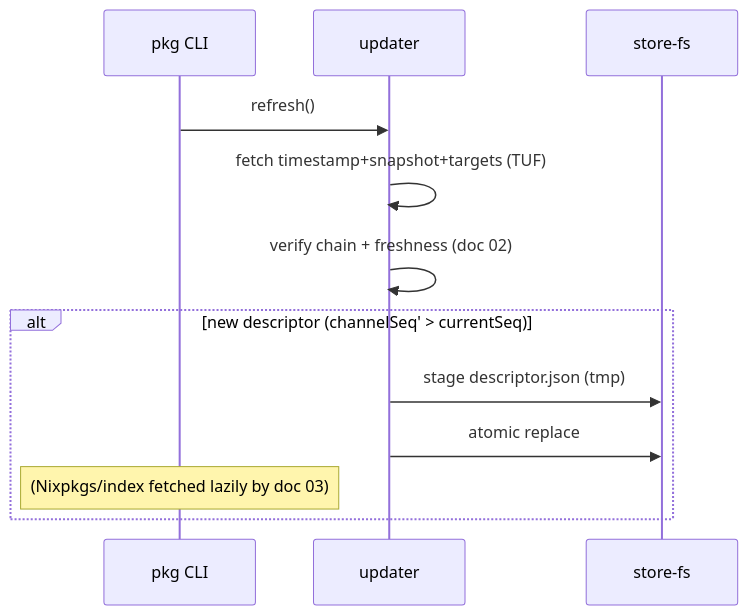
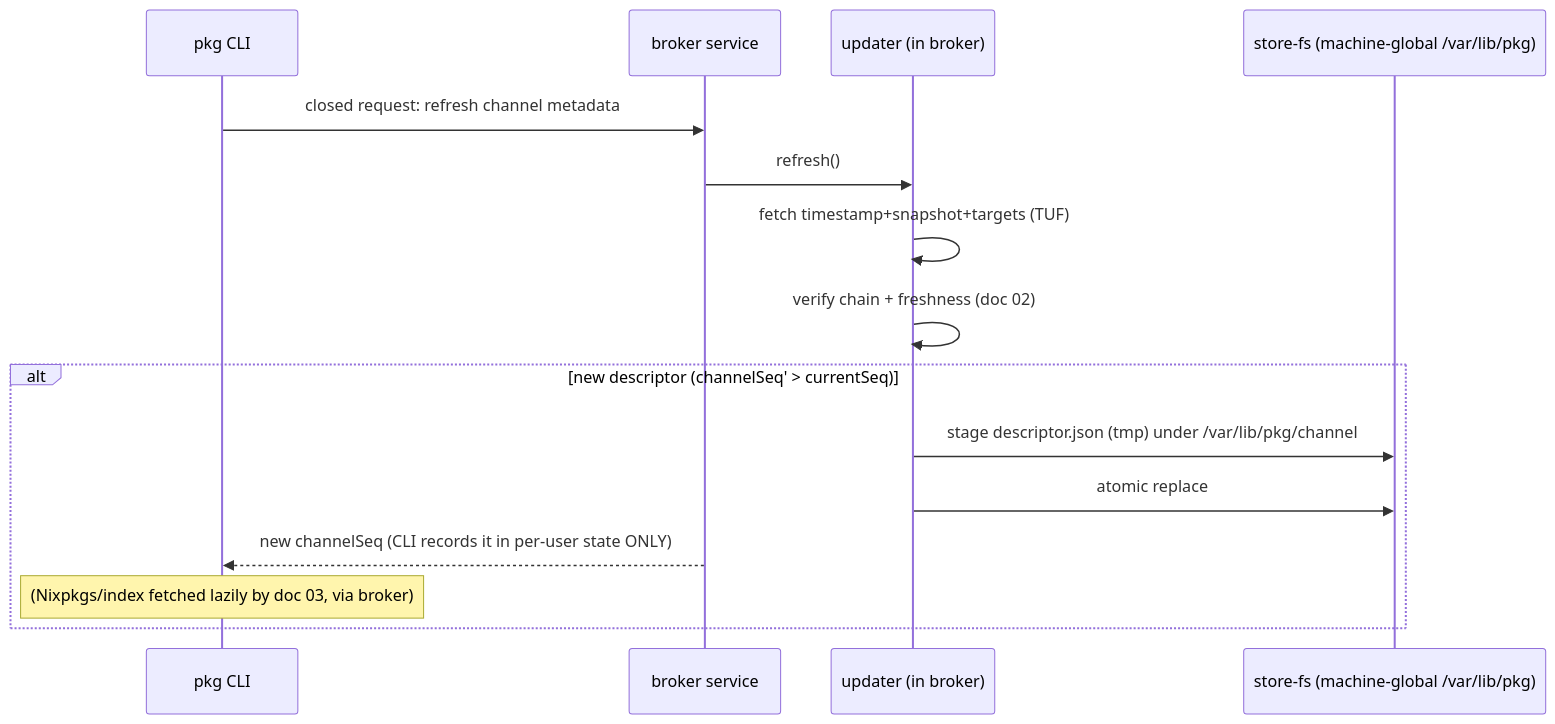
One commit to spa5k/pkg changed the fifth of 5 diagrams in plans/01-system-architecture.md. Above: the diagram before and after it, drawn with Mermaid. The commit also changed other lines of this file and 17 other files, not shown here.

Commit message:
docs: finalize managed Nix v1 architecture

````diff
--- a/plans/01-system-architecture.md
+++ b/plans/01-system-architecture.md
@@ -389,14 +425,17 @@
 ```mermaid
 sequenceDiagram
   participant CLI as pkg CLI
-  participant UP as updater
-  participant FS as store-fs
-  CLI->>UP: refresh()
+  participant BRK as broker service
+  participant UP as updater (in broker)
+  participant FS as store-fs (machine-global /var/lib/pkg)
+  CLI->>BRK: closed request: refresh channel metadata
+  BRK->>UP: refresh()
   UP->>UP: fetch timestamp+snapshot+targets (TUF)
   UP->>UP: verify chain + freshness (doc 02)
   alt new descriptor (channelSeq' > currentSeq)
-    UP->>FS: stage descriptor.json (tmp)
+    UP->>FS: stage descriptor.json (tmp) under /var/lib/pkg/channel
     UP->>FS: atomic replace
-    Note over CLI: (Nixpkgs/index fetched lazily by doc 03)
+    BRK-->>CLI: new channelSeq (CLI records it in per-user state ONLY)
+    Note over CLI: (Nixpkgs/index fetched lazily by doc 03, via broker)
   end
 ```
````
